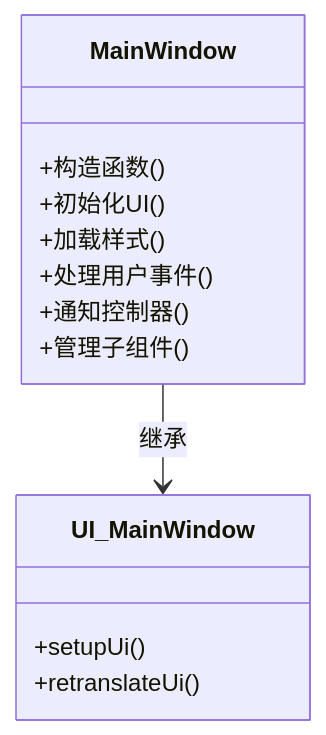
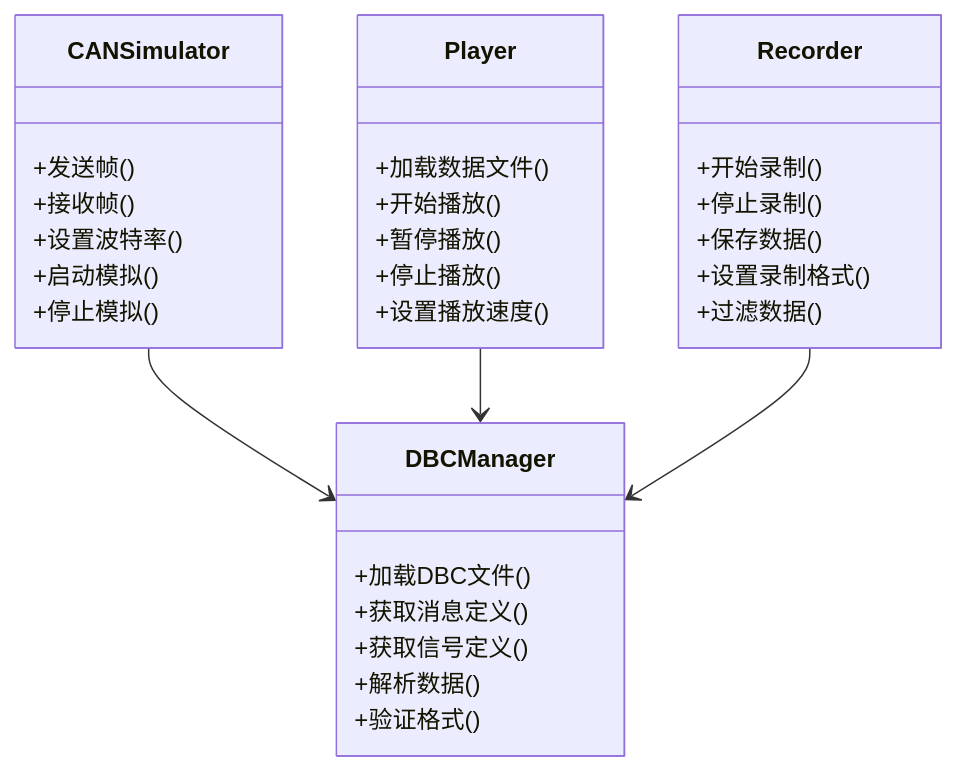
Before and after one commit to jakecai1225-design/OpenBus: the fourth of 8 diagrams in .qoder/repowiki/zh/content/架构设计/架构设计.md, drawn with Mermaid. The commit also changed other lines of this file and 25 other files, not shown here.

````diff
--- a/.qoder/repowiki/zh/content/架构设计/架构设计.md
+++ b/.qoder/repowiki/zh/content/架构设计/架构设计.md
@@ -197,16 +221,34 @@
 ```mermaid
 classDiagram
-class MainWindow {
-+构造函数()
-+初始化UI()
-+加载样式()
-+处理用户事件()
-+通知控制器()
-+管理子组件()
+class CANSimulator {
++发送帧()
++接收帧()
++设置波特率()
++启动模拟()
++停止模拟()
 }
-class UI_MainWindow {
-+setupUi()
-+retranslateUi()
+class DBCManager {
++加载DBC文件()
++获取消息定义()
++获取信号定义()
++解析数据()
++验证格式()
 }
-MainWindow --> UI_MainWindow : 继承
+class Player {
++加载数据文件()
++开始播放()
++暂停播放()
++停止播放()
++设置播放速度()
+}
+class Recorder {
++开始录制()
++停止录制()
++保存数据()
++设置录制格式()
++过滤数据()
+}
+CANSimulator --> DBCManager
+Player --> DBCManager
+Recorder --> DBCManager
 ```
````
